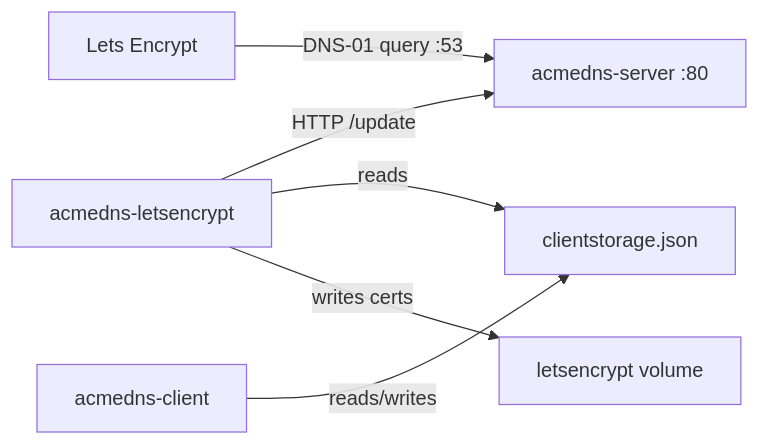
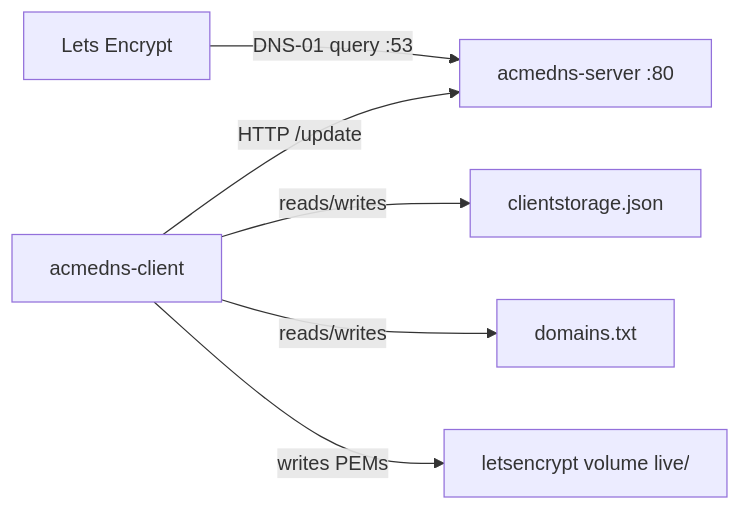
One commit to HariantoAtWork/dns01-proxy changed the diagram in README.md. Above: the diagram before and after it, drawn with Mermaid. The commit also changed other lines of this file and 49 other files, not shown here.

````diff
--- a/README.md
+++ b/README.md
@@ -11,8 +10,8 @@
 ```mermaid
 flowchart LR
-  LE[acmedns-letsencrypt] -->|HTTP /update| API[acmedns-server :80]
-  LE -->|reads| CS[clientstorage.json]
-  UI[acmedns-client] -->|reads/writes| CS
+  UI[acmedns-client] -->|HTTP /update| API[acmedns-server :80]
+  UI -->|reads/writes| CS[clientstorage.json]
+  UI -->|reads/writes| Domains[domains.txt]
+  UI -->|writes PEMs| Certs[letsencrypt volume live/]
   PubDNS[Lets Encrypt] -->|DNS-01 query :53| API
-  LE -->|writes certs| Certs[letsencrypt volume]
 ```
````
